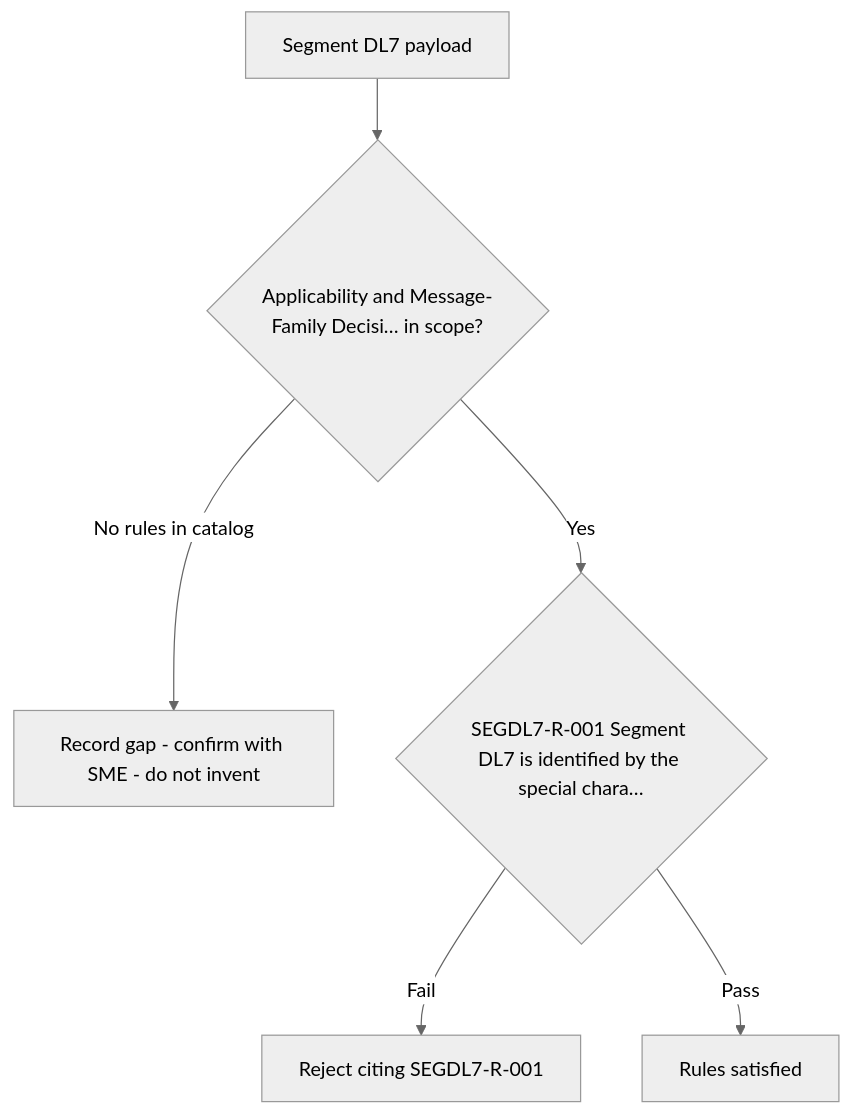
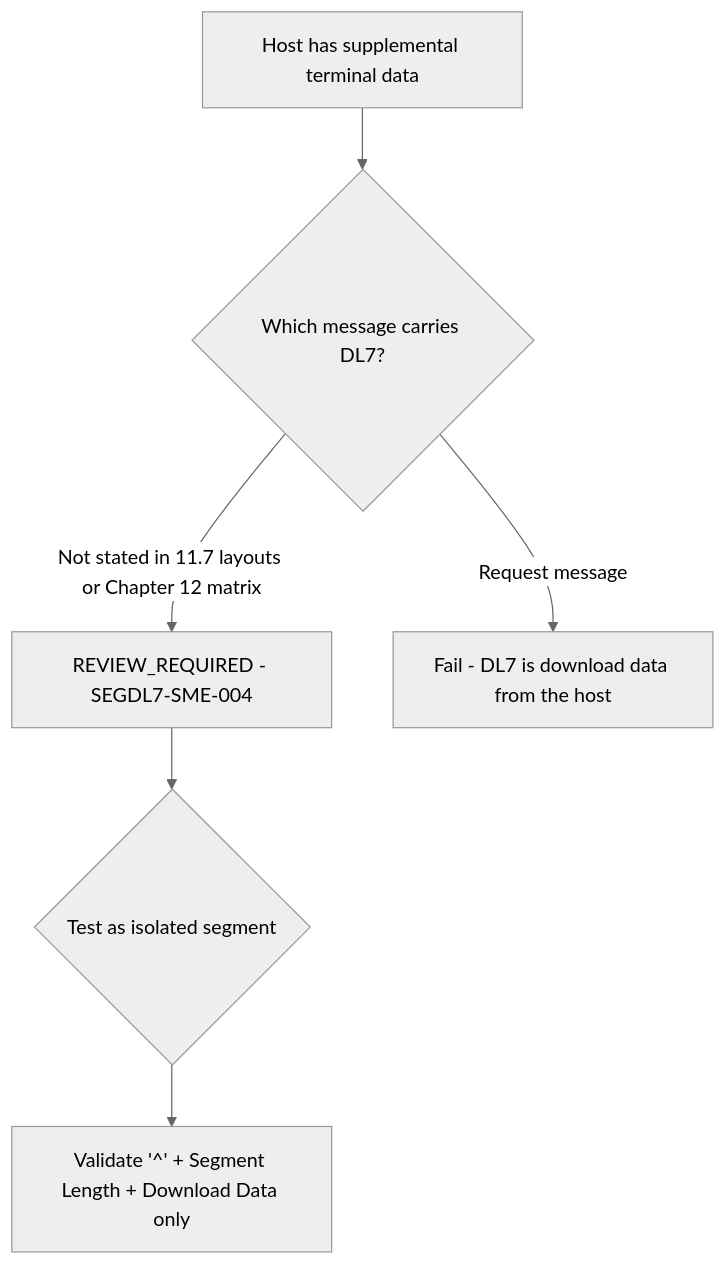
Before and after one commit to DhanSingh-hub/core-auth-ai-validation-framework: the diagram in regression-artifact-validator/specifications/ATL105/docs/specs/kb/segment-DL7/applicability-decision-flow.md, drawn with Mermaid (neutral theme). The commit also changed other lines of this file and 28 other files, not shown here.

````diff
--- a/regression-artifact-validator/specifications/ATL105/docs/specs/kb/segment-DL7/applicability-decision-flow.md
+++ b/regression-artifact-validator/specifications/ATL105/docs/specs/kb/segment-DL7/applicability-decision-flow.md
@@ -3,8 +3,8 @@
 ```mermaid
 flowchart TD
-    A[Segment DL7 payload] --> B{Applicability and Message-Family Decisi… in scope?}
-    B -->|No rules in catalog| G[Record gap - confirm with SME - do not invent]
-    B -->|Yes| R1{SEGDL7-R-001 Segment DL7 is identified by the special chara…}
-    R1 -->|Fail| X1[Reject citing SEGDL7-R-001]
-    R1 -->|Pass| Z[Rules satisfied]
+    A[Host has supplemental terminal data] --> B{Which message carries DL7?}
+    B -->|Not stated in 11.7 layouts or Chapter 12 matrix| R1[REVIEW_REQUIRED - SEGDL7-SME-004]
+    R1 --> C{Test as isolated segment}
+    C --> D["Validate '^' + Segment Length + Download Data only"]
+    B -->|Request message| X1[Fail - DL7 is download data from the host]
 ```
````
